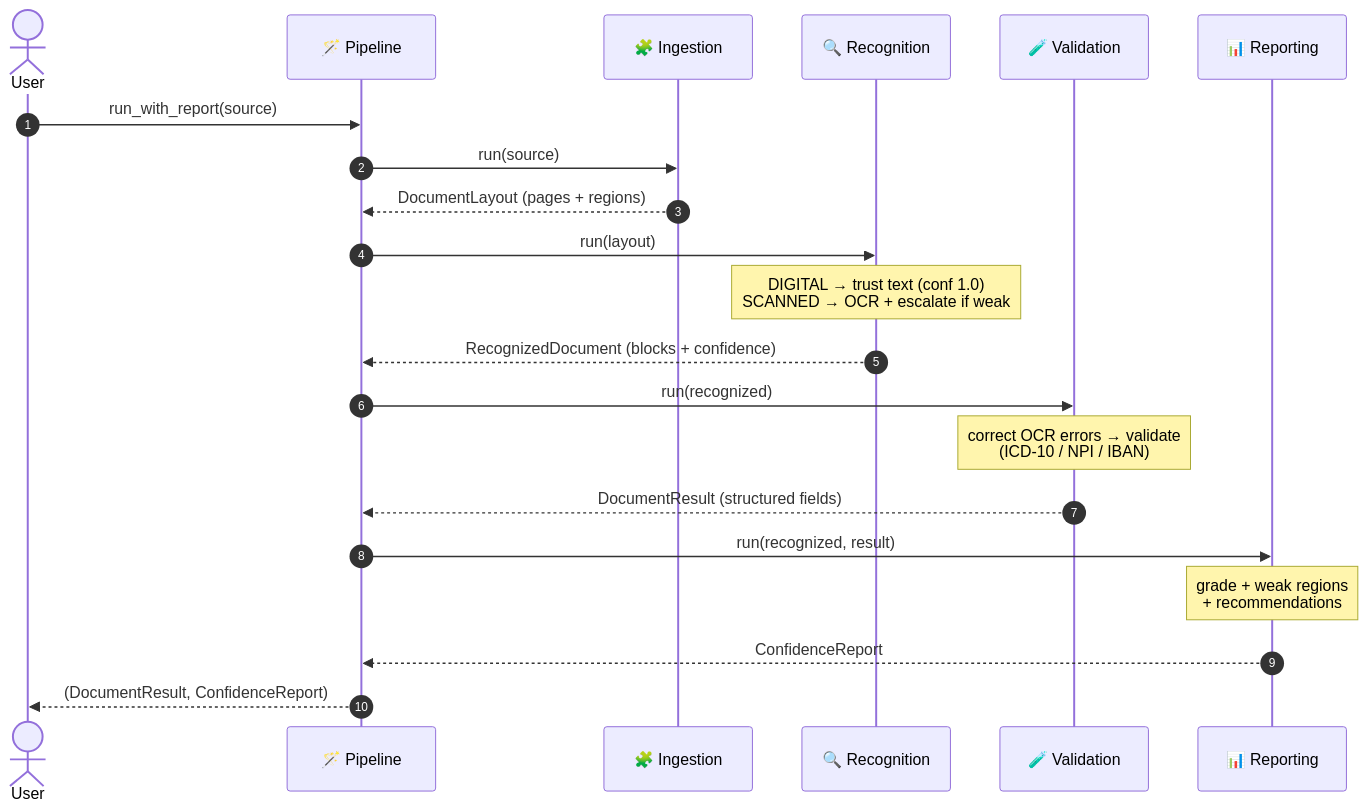
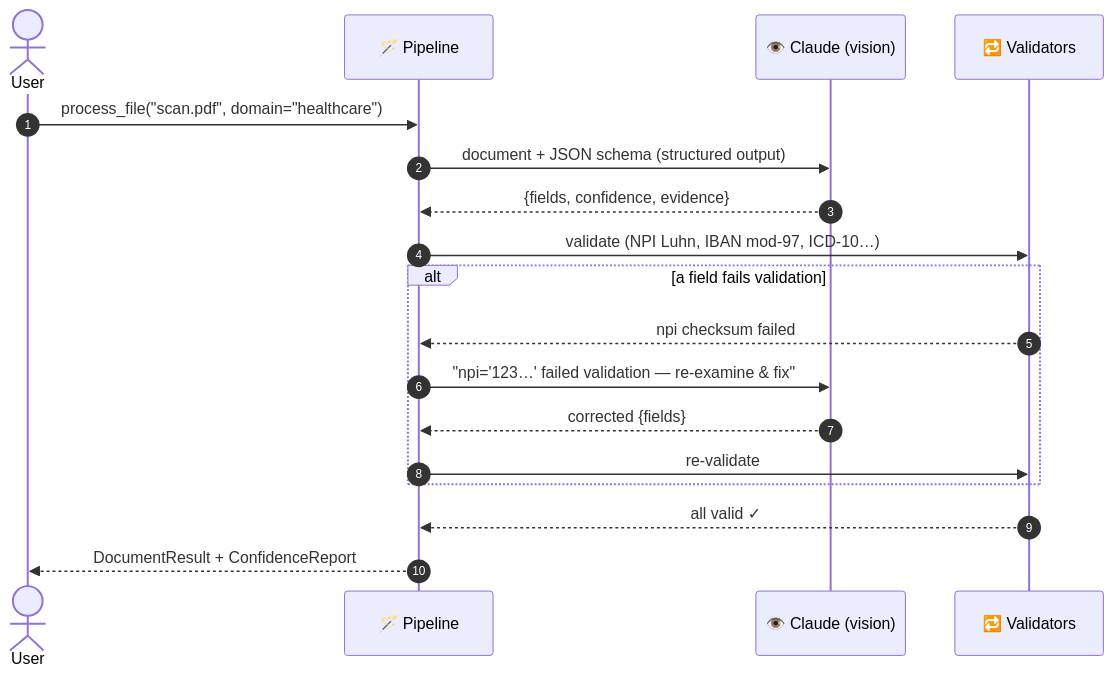
Before and after one commit to ighorj/agentic-documment-intelligence: the second of 3 diagrams in README.md, drawn with Mermaid. The commit also changed other lines of this file and 10 other files, not shown here.

First line of the commit message:
Add AI-native Claude extraction engine (vision + self-correction)

````diff
--- a/README.md
+++ b/README.md
@@ -99,24 +99,21 @@
 ```mermaid
 sequenceDiagram
     autonumber
     actor User
     participant P as 🪄 Pipeline
-    participant I as 🧩 Ingestion
-    participant R as 🔍 Recognition
-    participant V as 🧪 Validation
-    participant Q as 📊 Reporting
+    participant C as 👁️ Claude (vision)
+    participant V as 🔁 Validators
 
-    User->>P: run_with_report(source)
-    P->>I: run(source)
-    I-->>P: DocumentLayout (pages + regions)
-    P->>R: run(layout)
-    Note over R: DIGITAL → trust text (conf 1.0)<br/>SCANNED → OCR + escalate if weak
-    R-->>P: RecognizedDocument (blocks + confidence)
-    P->>V: run(recognized)
-    Note over V: correct OCR errors → validate<br/>(ICD-10 / NPI / IBAN)
-    V-->>P: DocumentResult (structured fields)
-    P->>Q: run(recognized, result)
-    Note over Q: grade + weak regions<br/>+ recommendations
-    Q-->>P: ConfidenceReport
-    P-->>User: (DocumentResult, ConfidenceReport)
+    User->>P: process_file("scan.pdf", domain="healthcare")
+    P->>C: document + JSON schema (structured output)
+    C-->>P: {fields, confidence, evidence}
+    P->>V: validate (NPI Luhn, IBAN mod-97, ICD-10…)
+    alt a field fails validation
+        V-->>P: npi checksum failed
+        P->>C: "npi='123…' failed validation — re-examine & fix"
+        C-->>P: corrected {fields}
+        P->>V: re-validate
+    end
+    V-->>P: all valid ✓
+    P-->>User: DocumentResult + ConfidenceReport
 ```
````
